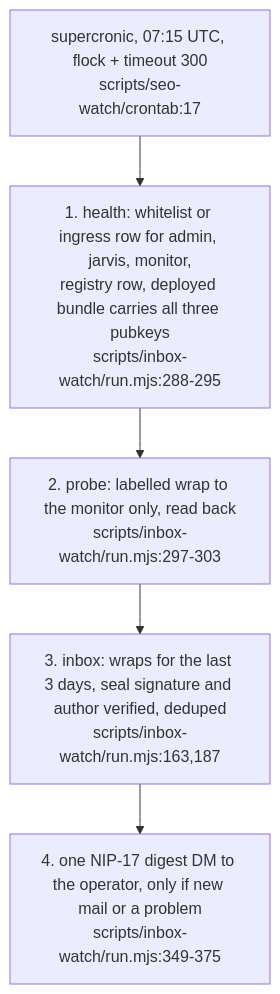
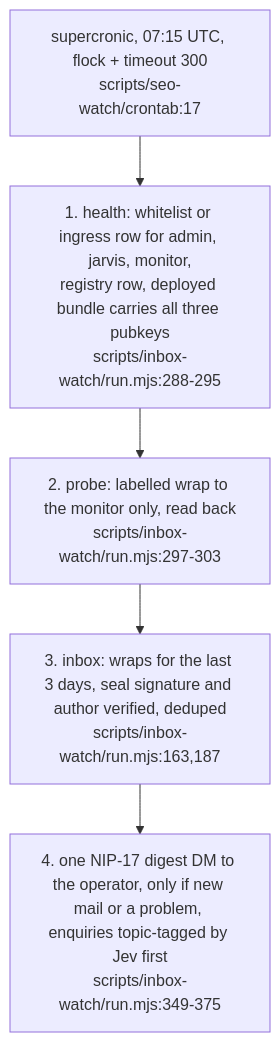
One commit to DreamLab-AI/VisionFlow changed the sixth of 6 diagrams in docs/diagrams/dreamlab-ai-website/07-forum-provisioning-and-seeding.md. Above: the diagram before and after it, drawn with Mermaid. The commit also changed other lines of this file and 142 other files, not shown here.

First line of the commit message:
docs(diagrams): one System One route; re-verify 140 topics at today's heads

````diff
--- a/docs/diagrams/dreamlab-ai-website/07-forum-provisioning-and-seeding.md
+++ b/docs/diagrams/dreamlab-ai-website/07-forum-provisioning-and-seeding.md
@@ -102,7 +104,7 @@
 ```mermaid
 flowchart TB
     CRON["supercronic, 07:15 UTC, flock + timeout 300<br/>scripts/seo-watch/crontab:17"] --> HEALTH["1. health: whitelist or ingress row for admin, jarvis, monitor,<br/>registry row, deployed bundle carries all three pubkeys<br/>scripts/inbox-watch/run.mjs:288-295"]
     HEALTH --> PROBE["2. probe: labelled wrap to the monitor only, read back<br/>scripts/inbox-watch/run.mjs:297-303"]
     PROBE --> INBOX["3. inbox: wraps for the last 3 days, seal signature and author verified, deduped<br/>scripts/inbox-watch/run.mjs:163,187"]
-    INBOX --> ALERT["4. one NIP-17 digest DM to the operator, only if new mail or a problem<br/>scripts/inbox-watch/run.mjs:349-375"]
+    INBOX --> ALERT["4. one NIP-17 digest DM to the operator, only if new mail or a problem, enquiries topic-tagged by Jev first<br/>scripts/inbox-watch/run.mjs:349-375"]
 ```
````
